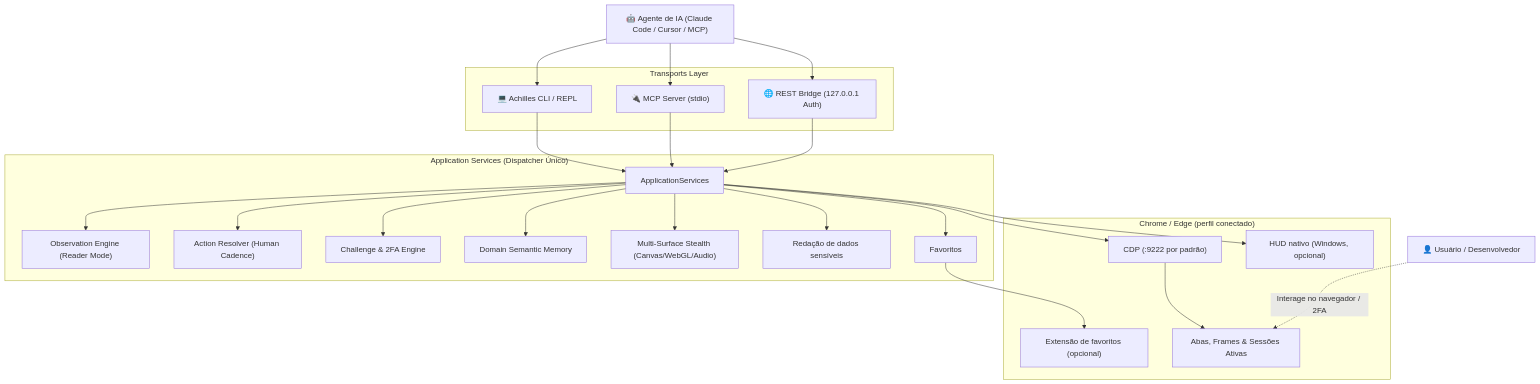
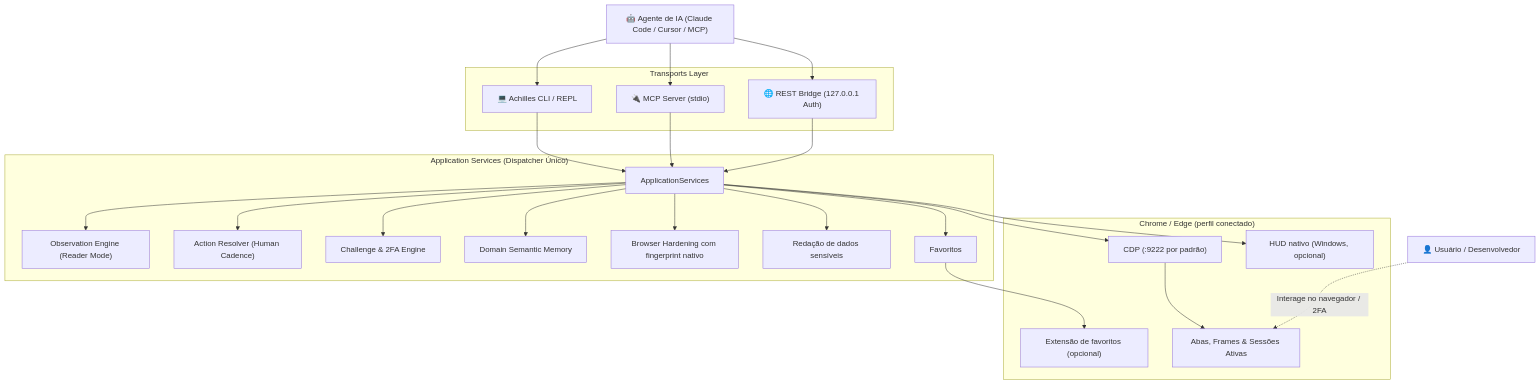
One commit to PedroReoli/Achilles-CDP-Agent changed the diagram in README.md. Above: the diagram before and after it, drawn with Mermaid. The commit also changed other lines of this file and 39 other files, not shown here.

````diff
--- a/README.md
+++ b/README.md
@@ -72,48 +72,48 @@
 ```mermaid
 graph TD
     User["👤 Usuário / Desenvolvedor"]
     AI["🤖 Agente de IA (Claude Code / Cursor / MCP)"]
 
     subgraph Transportes ["Transports Layer"]
         CLI["💻 Achilles CLI / REPL"]
         MCP["🔌 MCP Server (stdio)"]
         REST["🌐 REST Bridge (127.0.0.1 Auth)"]
     end
 
     subgraph ApplicationCore ["Application Services (Dispatcher Único)"]
         AppSvc["ApplicationServices"]
         Obs["Observation Engine (Reader Mode)"]
         Act["Action Resolver (Human Cadence)"]
         Chal["Challenge & 2FA Engine"]
         Mem["Domain Semantic Memory"]
-        Stealth["Multi-Surface Stealth (Canvas/WebGL/Audio)"]
+        Stealth["Browser Hardening com fingerprint nativo"]
         Redact["Redação de dados sensíveis"]
         Bookmarks["Favoritos"]
     end
 
     subgraph ChromeRuntime ["Chrome / Edge (perfil conectado)"]
         CDP["CDP (:9222 por padrão)"]
         Extension["Extensão de favoritos (opcional)"]
         HUD["HUD nativo (Windows, opcional)"]
         Pages["Abas, Frames & Sessões Ativas"]
     end
 
     AI --> CLI
     AI --> MCP
     AI --> REST
     CLI --> AppSvc
     MCP --> AppSvc
     REST --> AppSvc
     AppSvc --> Obs
     AppSvc --> Act
     AppSvc --> Chal
     AppSvc --> Mem
     AppSvc --> Stealth
     AppSvc --> Redact
     AppSvc --> Bookmarks
     AppSvc --> CDP
     AppSvc --> HUD
     CDP --> Pages
     Bookmarks --> Extension
     User -.->|Interage no navegador / 2FA| Pages
 ```
````
